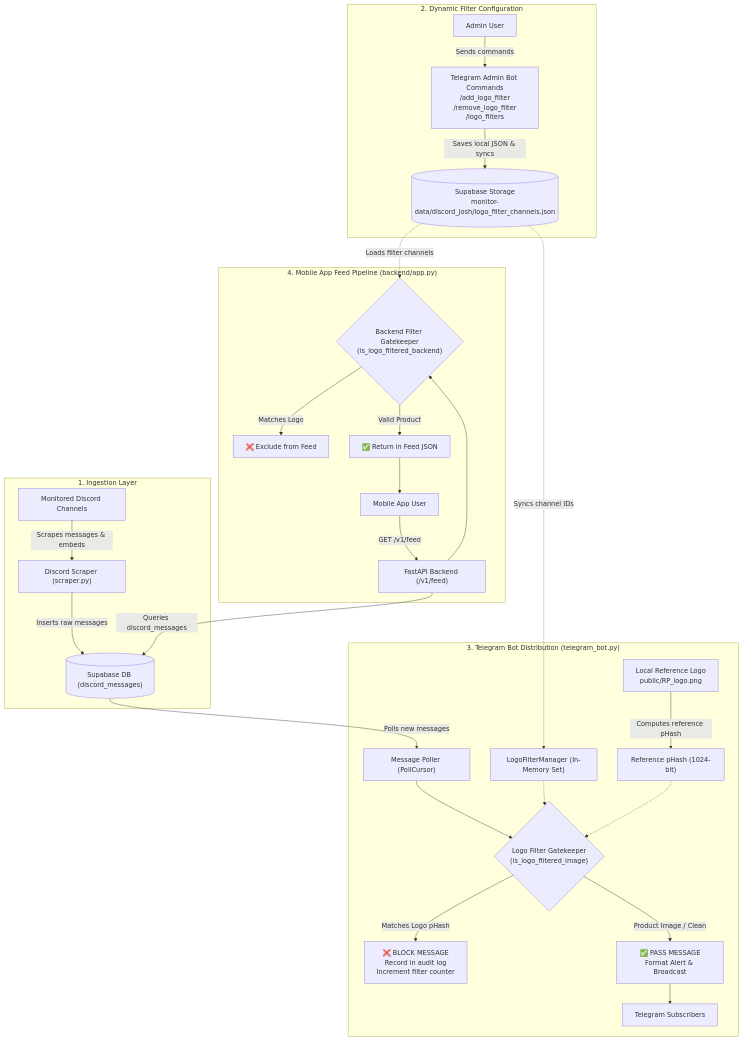
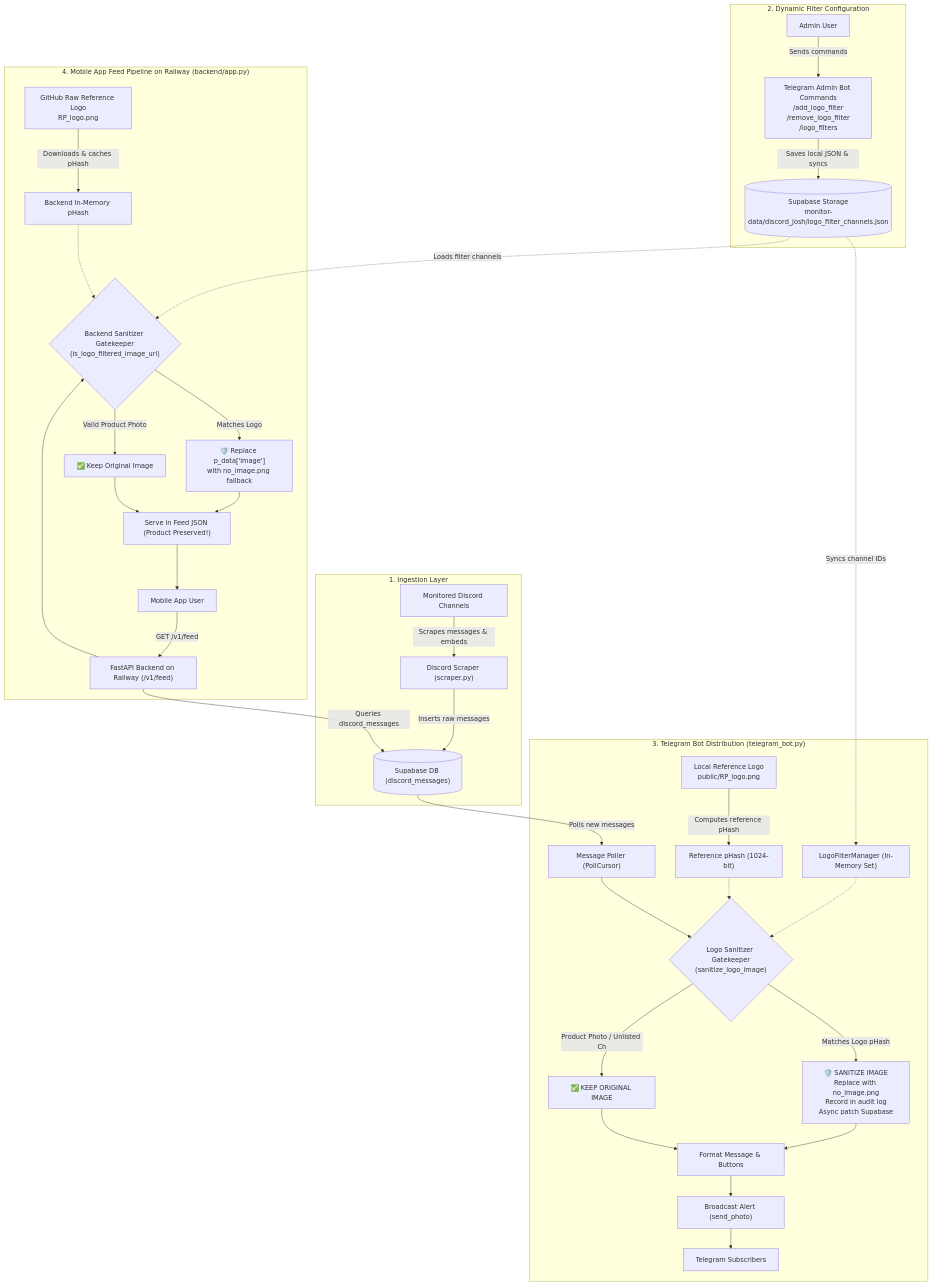
Before and after one commit to joshuatochinwachi/HollowScan-Mobile-App: the first of 3 diagrams in docs/logo_filter/LOGO_FILTER_ARCHITECTURE_AND_VERIFICATION.md, drawn with Mermaid. The commit also changed other lines of this file, not shown here.

````diff
--- a/docs/logo_filter/LOGO_FILTER_ARCHITECTURE_AND_VERIFICATION.md
+++ b/docs/logo_filter/LOGO_FILTER_ARCHITECTURE_AND_VERIFICATION.md
@@ -27,43 +35,54 @@
 ```mermaid
 flowchart TD
     subgraph INGESTION["1. Ingestion Layer"]
         DS["Discord Scraper (scraper.py)"]
         DC["Monitored Discord Channels"]
         DC -->|Scrapes messages & embeds| DS
         DS -->|Inserts raw messages| SB[("Supabase DB (discord_messages)")]
     end
 
     subgraph CONFIG["2. Dynamic Filter Configuration"]
         ADM["Admin User"]
         TG_ADM["Telegram Admin Bot Commands<br/>/add_logo_filter<br/>/remove_logo_filter<br/>/logo_filters"]
         ADM -->|Sends commands| TG_ADM
         TG_ADM -->|Saves local JSON & syncs| S_STOR[("Supabase Storage<br/>monitor-data/discord_josh/logo_filter_channels.json")]
     end
 
     subgraph TELEGRAM_PIPELINE["3. Telegram Bot Distribution (telegram_bot.py)"]
         SB -->|Polls new messages| POLLER["Message Poller (PollCursor)"]
-        POLLER --> FILTER_GATE{"Logo Filter Gatekeeper<br/>(is_logo_filtered_image)"}
+        POLLER --> SANITIZE_TG{"Logo Sanitizer Gatekeeper<br/>(sanitize_logo_image)"}
         
         S_STOR -.->|Syncs channel IDs| LFM["LogoFilterManager (In-Memory Set)"]
-        REF_IMG["Local Reference Logo<br/>public/RP_logo.png"] -->|Computes reference pHash| HASH_REF["Reference pHash (1024-bit)"]
+        REF_LOCAL["Local Reference Logo<br/>public/RP_logo.png"] -->|Computes reference pHash| HASH_TG["Reference pHash (1024-bit)"]
         
-        LFM -.-> FILTER_GATE
-        HASH_REF -.-> FILTER_GATE
+        LFM -.-> SANITIZE_TG
+        HASH_TG -.-> SANITIZE_TG
         
-        FILTER_GATE -->|Matches Logo pHash| BLOCK_TG["❌ BLOCK MESSAGE<br/>Record in audit log<br/>Increment filter counter"]
-        FILTER_GATE -->|Product Image / Clean| PASS_TG["✅ PASS MESSAGE<br/>Format Alert & Broadcast"]
-        PASS_TG --> TG_USERS["Telegram Subscribers"]
+        SANITIZE_TG -->|Matches Logo pHash| REPLACE_TG["🛡️ SANITIZE IMAGE<br/>Replace with no_image.png<br/>Record in audit log<br/>Async patch Supabase"]
+        SANITIZE_TG -->|Product Photo / Unlisted Ch| KEEP_TG["✅ KEEP ORIGINAL IMAGE"]
+        
+        REPLACE_TG --> FORMAT_TG["Format Message & Buttons"]
+        KEEP_TG --> FORMAT_TG
+        FORMAT_TG --> BROADCAST["Broadcast Alert (send_photo)"]
+        BROADCAST --> TG_USERS["Telegram Subscribers"]
     end
 
-    subgraph APP_PIPELINE["4. Mobile App Feed Pipeline (backend/app.py)"]
+    subgraph APP_PIPELINE["4. Mobile App Feed Pipeline on Railway (backend/app.py)"]
         APP_USER["Mobile App User"]
-        APP_API["FastAPI Backend (/v1/feed)"]
+        APP_API["FastAPI Backend on Railway (/v1/feed)"]
         APP_USER -->|GET /v1/feed| APP_API
         APP_API -->|Queries discord_messages| SB
-        APP_API --> BACKEND_FILTER{"Backend Filter Gatekeeper<br/>(is_logo_filtered_backend)"}
-        S_STOR -.->|Loads filter channels| BACKEND_FILTER
-        BACKEND_FILTER -->|Matches Logo| DROP_APP["❌ Exclude from Feed"]
-        BACKEND_FILTER -->|Valid Product| SERVE_APP["✅ Return in Feed JSON"]
+        APP_API --> SANITIZE_APP{"Backend Sanitizer Gatekeeper<br/>(is_logo_filtered_image_url)"}
+        
+        GH_REF["GitHub Raw Reference Logo<br/>RP_logo.png"] -->|Downloads & caches pHash| HASH_APP["Backend In-Memory pHash"]
+        S_STOR -.->|Loads filter channels| SANITIZE_APP
+        HASH_APP -.-> SANITIZE_APP
+        
+        SANITIZE_APP -->|Matches Logo| REPLACE_APP["🛡️ Replace p_data['image']<br/>with no_image.png fallback"]
+        SANITIZE_APP -->|Valid Product Photo| KEEP_APP["✅ Keep Original Image"]
+        
+        REPLACE_APP --> SERVE_APP["Serve in Feed JSON (Product Preserved!)"]
+        KEEP_APP --> SERVE_APP
         SERVE_APP --> APP_USER
     end
 ```
````
